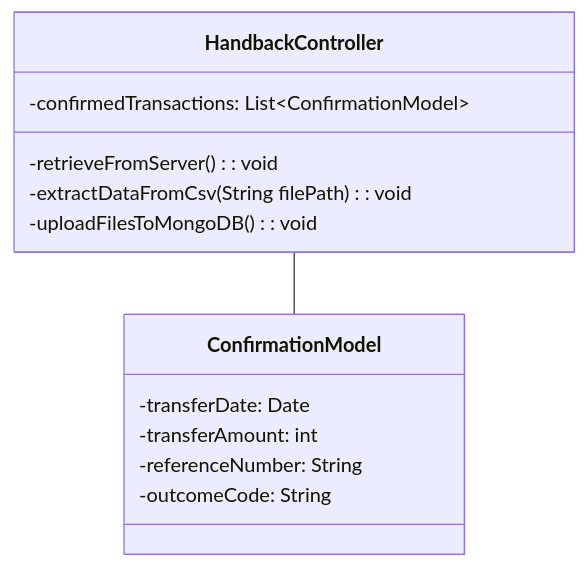
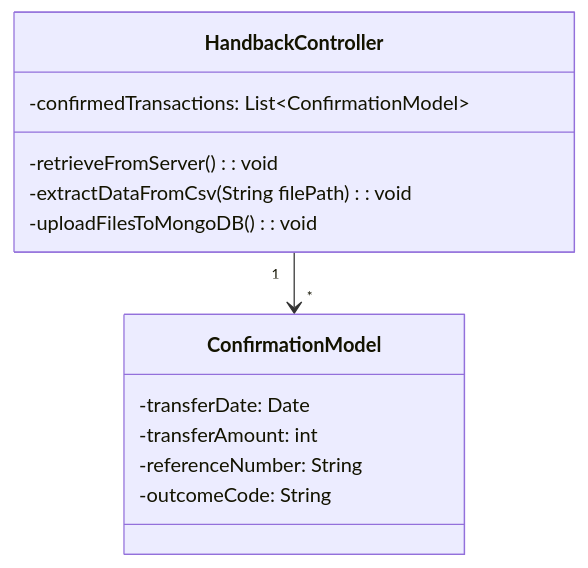
One commit to Sean2309/SoftwareConstructProject changed the ninth of 9 diagrams in UML Class Diagrams/mvcClass.md. Above: the diagram before and after it, drawn with Mermaid. The commit also changed other lines of this file, not shown here.

Commit message:
fix: updated uml class diagrams for backend API

````diff
--- a/UML Class Diagrams/mvcClass.md
+++ b/UML Class Diagrams/mvcClass.md
@@ -216,18 +214,18 @@
 ```mermaid
 classDiagram
-HandbackController -- ConfirmationModel
+HandbackController "1" --> "*" ConfirmationModel
 
 class HandbackController{
     -confirmedTransactions: List<<list>ConfirmationModel>
     -retrieveFromServer(): void
     -extractDataFromCsv(String filePath): void
     -uploadFilesToMongoDB(): void
 }
 
 class ConfirmationModel{
     -transferDate: Date
     -transferAmount: int
     -referenceNumber: String
     -outcomeCode: String
 }
 ```
````
